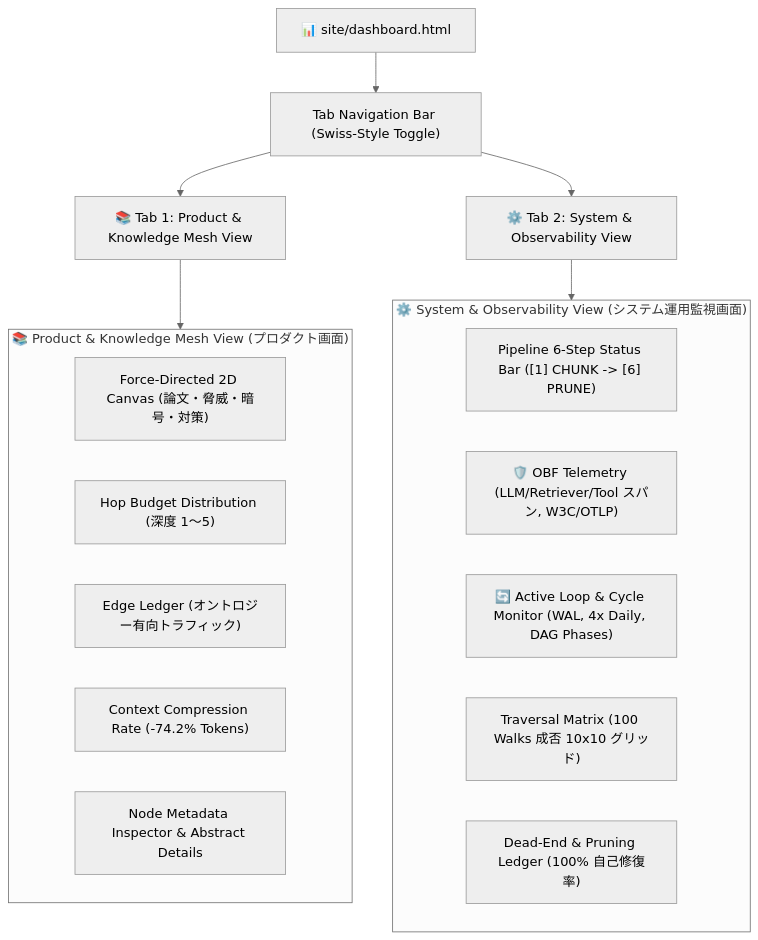
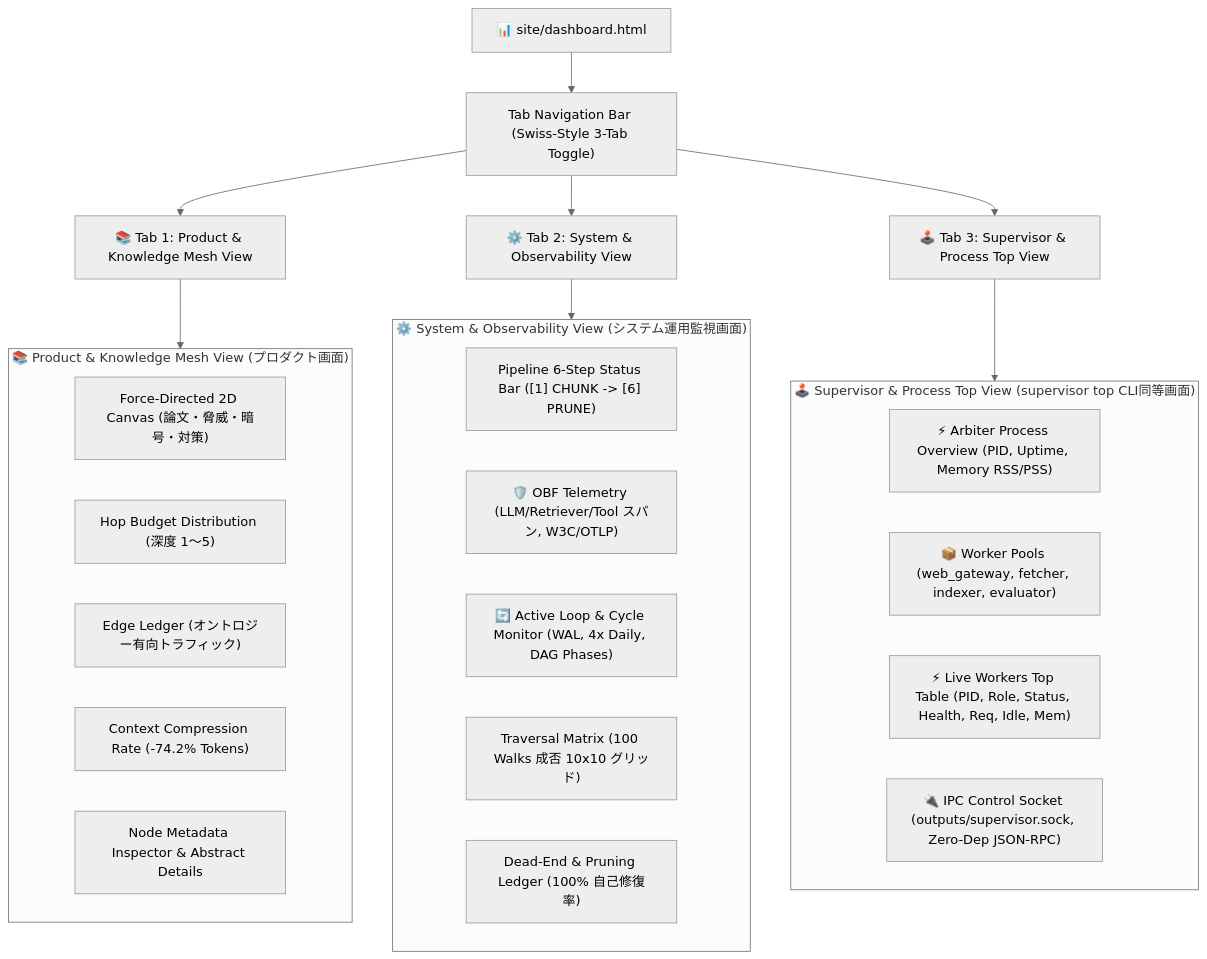
The second of 2 diagrams in docs/designs/DSN-14-graph_engineering_dashboard.md (rokujyouhitoma/arxiv-security-papers), drawn with Mermaid (neutral theme) before and after one commit. The commit also changed other lines of this file and 3 other files, not shown here.

Commit message:
feat(dashboard): add 3rd tab for Supervisor & Process Top live monitoring (supervisor top equivalent)

````diff
--- a/docs/designs/DSN-14-graph_engineering_dashboard.md
+++ b/docs/designs/DSN-14-graph_engineering_dashboard.md
@@ -244,27 +244,36 @@
 ```mermaid
 graph TD
     Dashboard["📊 site/dashboard.html"]
-    Dashboard --> Nav["Tab Navigation Bar (Swiss-Style Toggle)"]
+    Dashboard --> Nav["Tab Navigation Bar (Swiss-Style 3-Tab Toggle)"]
     
     Nav --> Tab1["📚 Tab 1: Product & Knowledge Mesh View"]
     Nav --> Tab2["⚙️ Tab 2: System & Observability View"]
+    Nav --> Tab3["🕹️ Tab 3: Supervisor & Process Top View"]
     
     subgraph Tab1Details ["📚 Product & Knowledge Mesh View (プロダクト画面)"]
         Canvas["Force-Directed 2D Canvas (論文・脅威・暗号・対策)"]
         HopBudget["Hop Budget Distribution (深度 1〜5)"]
         EdgeLedger["Edge Ledger (オントロジー有向トラフィック)"]
         TokenSavings["Context Compression Rate (-74.2% Tokens)"]
         Callout["Node Metadata Inspector & Abstract Details"]
     end
     
     subgraph Tab2Details ["⚙️ System & Observability View (システム運用監視画面)"]
         PipelineBar["Pipeline 6-Step Status Bar ([1] CHUNK -> [6] PRUNE)"]
         OBF["🛡️ OBF Telemetry (LLM/Retriever/Tool スパン, W3C/OTLP)"]
         LoopMon["🔄 Active Loop & Cycle Monitor (WAL, 4x Daily, DAG Phases)"]
         Matrix["Traversal Matrix (100 Walks 成否 10x10 グリッド)"]
         DeadEnd["Dead-End & Pruning Ledger (100% 自己修復率)"]
     end
 
+    subgraph Tab3Details ["🕹️ Supervisor & Process Top View (supervisor top CLI同等画面)"]
+        ArbiterCard["⚡ Arbiter Process Overview (PID, Uptime, Memory RSS/PSS)"]
+        PoolsCard["📦 Worker Pools (web_gateway, fetcher, indexer, evaluator)"]
+        WorkersTable["⚡ Live Workers Top Table (PID, Role, Status, Health, Req, Idle, Mem)"]
+        IPCCard["🔌 IPC Control Socket (outputs/supervisor.sock, Zero-Dep JSON-RPC)"]
+    end
+
     Tab1 --> Tab1Details
     Tab2 --> Tab2Details
+    Tab3 --> Tab3Details
 ```
````
